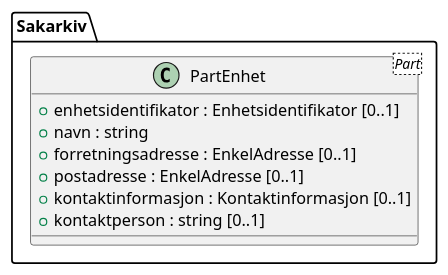
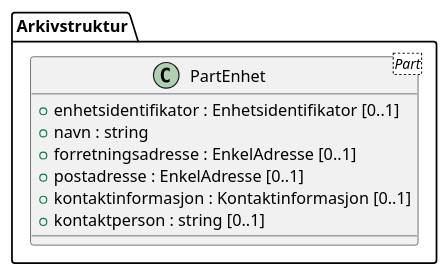
One commit to arkivverket/noark5-tjenestegrensesnitt-standard changed the diagram in kapitler/media/uml-class-partenhet.iuml. Above: the diagram before and after it, drawn with PlantUML. The commit also changed 17 other files, not shown here.

```diff
--- a/kapitler/media/uml-class-partenhet.iuml
+++ b/kapitler/media/uml-class-partenhet.iuml
@@ -1,10 +1,10 @@
 @startuml
-class Sakarkiv.PartEnhet <Part> {
+class Arkivstruktur.PartEnhet <Part> {
   +enhetsidentifikator : Enhetsidentifikator [0..1]
   +navn : string
   +forretningsadresse : EnkelAdresse [0..1]
   +postadresse : EnkelAdresse [0..1]
   +kontaktinformasjon : Kontaktinformasjon [0..1]
   +kontaktperson : string [0..1]
 }
 @enduml
```
